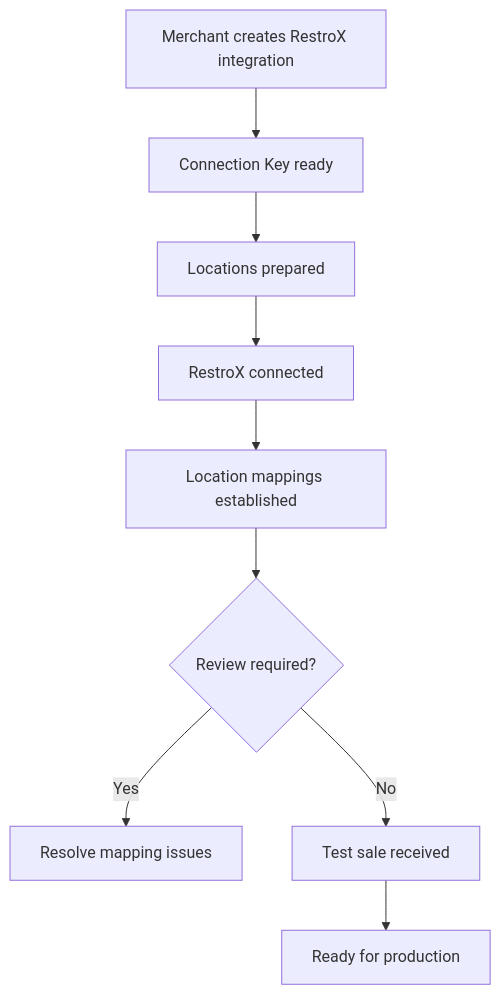
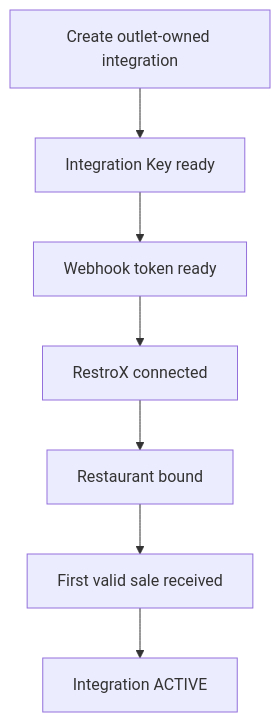
Before and after one commit to krischal07/docs: the diagram in integrations/restrox/native/merchant-onboarding.mdx, drawn with Mermaid. The commit also changed other lines of this file and 77 other files, not shown here.

````diff
--- a/integrations/restrox/native/merchant-onboarding.mdx
+++ b/integrations/restrox/native/merchant-onboarding.mdx
@@ -19,11 +9,9 @@
 ```mermaid
 flowchart TD
-  A["Merchant creates RestroX integration"] --> B["Connection Key ready"]
-  B --> C["Locations prepared"]
+  A["Create outlet-owned integration"] --> B["Integration Key ready"]
+  B --> C["Webhook token ready"]
   C --> D["RestroX connected"]
-  D --> E["Location mappings established"]
-  E --> F{"Review required?"}
-  F -- Yes --> G["Resolve mapping issues"]
-  F -- No --> H["Test sale received"]
-  H --> I["Ready for production"]
+  D --> E["Restaurant bound"]
+  E --> F["First valid sale received"]
+  F --> G["Integration ACTIVE"]
 ```
````
